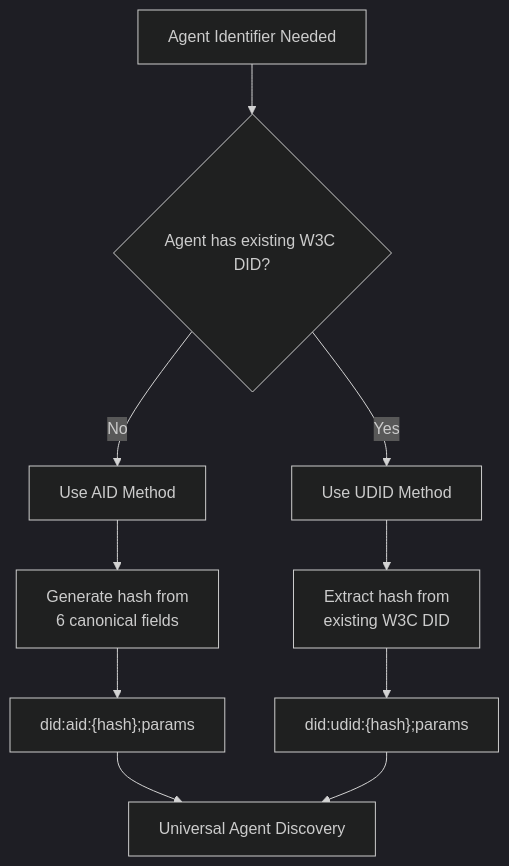
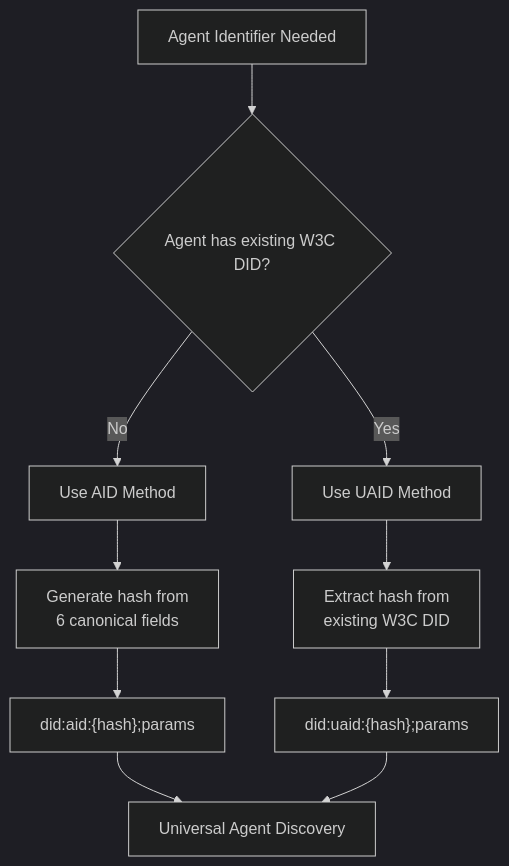
Before and after one commit to hashgraph-online/hcs-improvement-proposals: the diagram in docs/standards/hcs-14.md, drawn with Mermaid (dark theme). The commit also changed other lines of this file and 3 other files, not shown here.

````diff
--- a/docs/standards/hcs-14.md
+++ b/docs/standards/hcs-14.md
@@ -170,15 +178,15 @@
 ```mermaid
 flowchart TD
     A["Agent Identifier Needed"] --> B{"Agent has existing W3C DID?"}
     B -->|No| C["Use AID Method"]
-    B -->|Yes| D["Use UDID Method"]
+    B -->|Yes| D["Use UAID Method"]
 
     C --> E["Generate hash from<br/>6 canonical fields"]
     E --> F["did:aid:{hash};params"]
 
     D --> G["Extract hash from<br/>existing W3C DID"]
-    G --> H["did:udid:{hash};params"]
+    G --> H["did:uaid:{hash};params"]
 
     F --> I["Universal Agent Discovery"]
     H --> I
 ```
````
